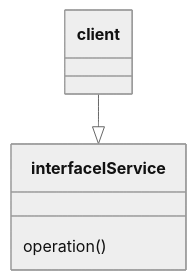
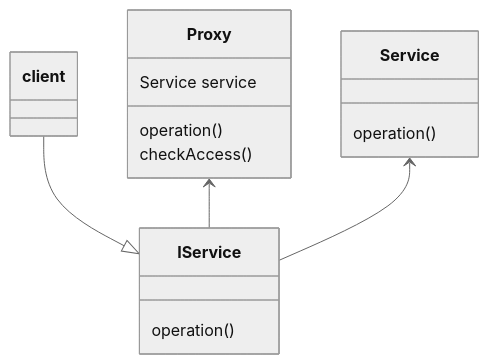
Before and after one commit to OleksanderPylypchuk/CGW: the second of 2 diagrams in README.md, drawn with Mermaid (neutral theme). The commit also changed other lines of this file, not shown here.

````diff
--- a/README.md
+++ b/README.md
@@ -14,5 +14,11 @@
 ```mermaid
 classDiagram
-client --|> interface IService
-interface IService : operation()
+client --|> IService
+IService : operation()
+Proxy <-- IService
+Service <-- IService
+Proxy : operation()
+Proxy : Service service
+Proxy : checkAccess()
+Service : operation()
 ```
````
